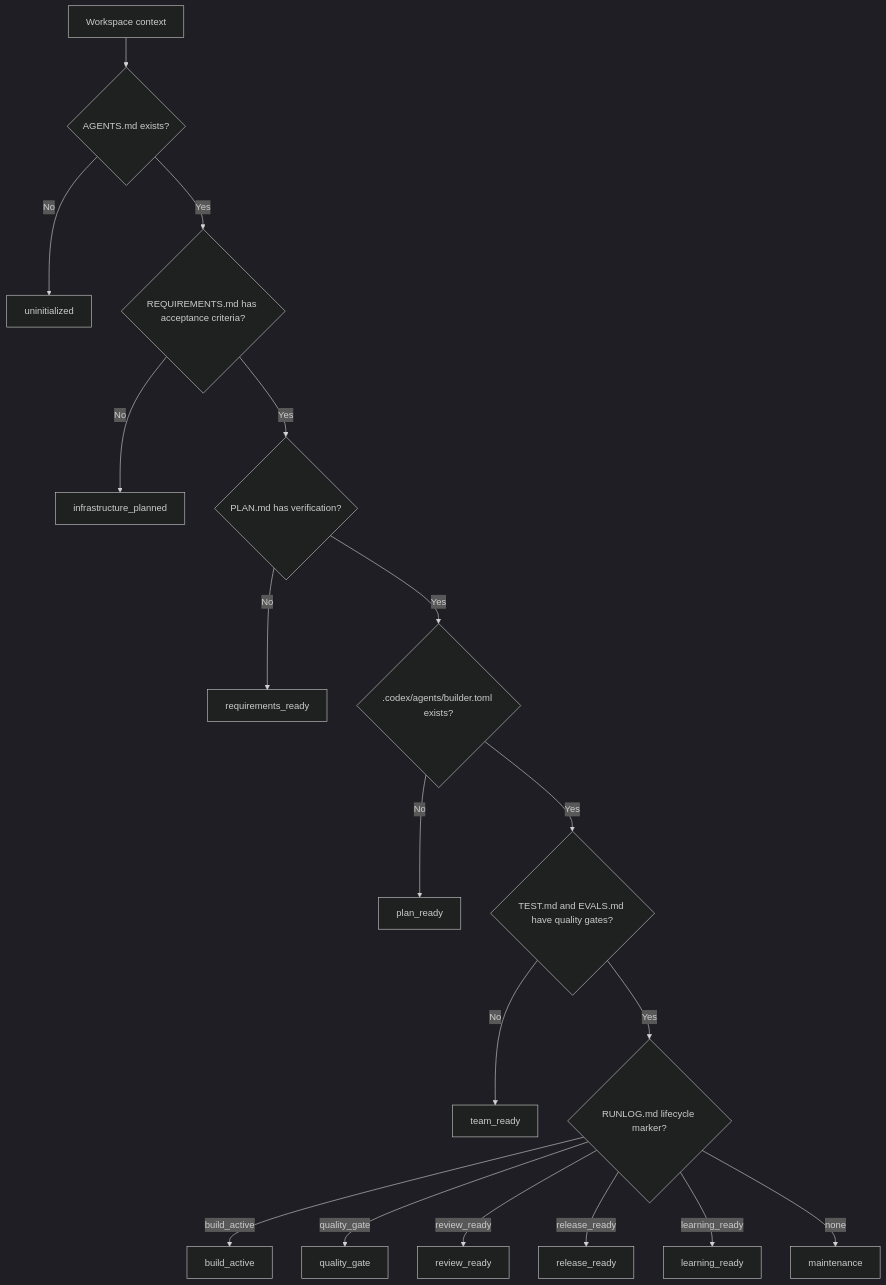
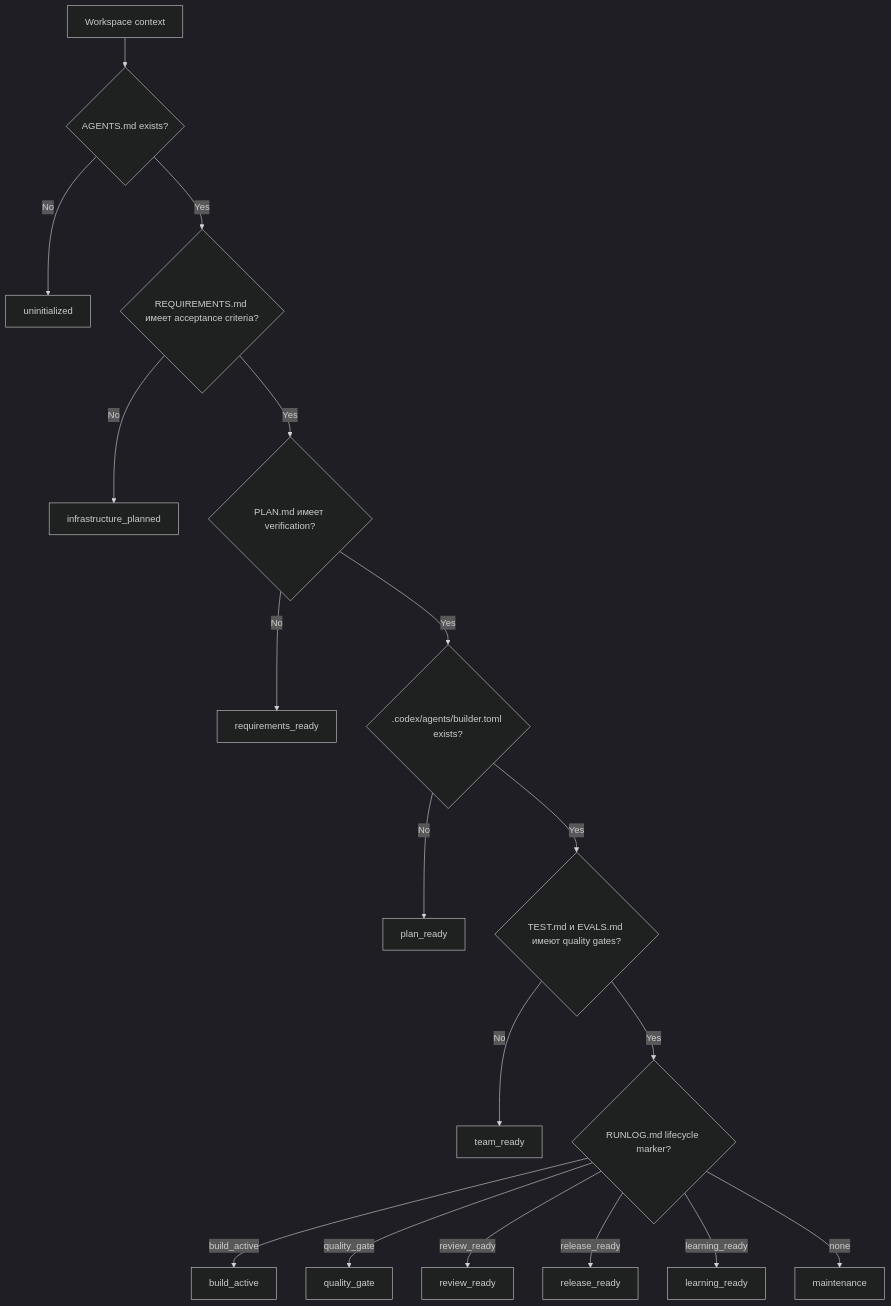
The third of 9 diagrams in docs/product-agent-os/architecture.md (alexroadcaster/product-agent-os), drawn with Mermaid (dark theme) before and after one commit. The commit also changed other lines of this file and 447 other files, not shown here.

````diff
--- a/docs/product-agent-os/architecture.md
+++ b/docs/product-agent-os/architecture.md
@@ -80,20 +80,20 @@
 ```mermaid
 flowchart TD
     A["Workspace context"] --> B{"AGENTS.md exists?"}
     B -->|No| U["uninitialized"]
-    B -->|Yes| C{"REQUIREMENTS.md has acceptance criteria?"}
+    B -->|Yes| C{"REQUIREMENTS.md имеет acceptance criteria?"}
     C -->|No| IP["infrastructure_planned"]
-    C -->|Yes| D{"PLAN.md has verification?"}
+    C -->|Yes| D{"PLAN.md имеет verification?"}
     D -->|No| RR["requirements_ready"]
     D -->|Yes| E{".codex/agents/builder.toml exists?"}
     E -->|No| PR["plan_ready"]
-    E -->|Yes| F{"TEST.md and EVALS.md have quality gates?"}
+    E -->|Yes| F{"TEST.md и EVALS.md имеют quality gates?"}
     F -->|No| TR["team_ready"]
     F -->|Yes| G{"RUNLOG.md lifecycle marker?"}
     G -->|build_active| BA["build_active"]
     G -->|quality_gate| QG["quality_gate"]
     G -->|review_ready| RV["review_ready"]
     G -->|release_ready| RL["release_ready"]
     G -->|learning_ready| LN["learning_ready"]
     G -->|none| M["maintenance"]
 ```
````
